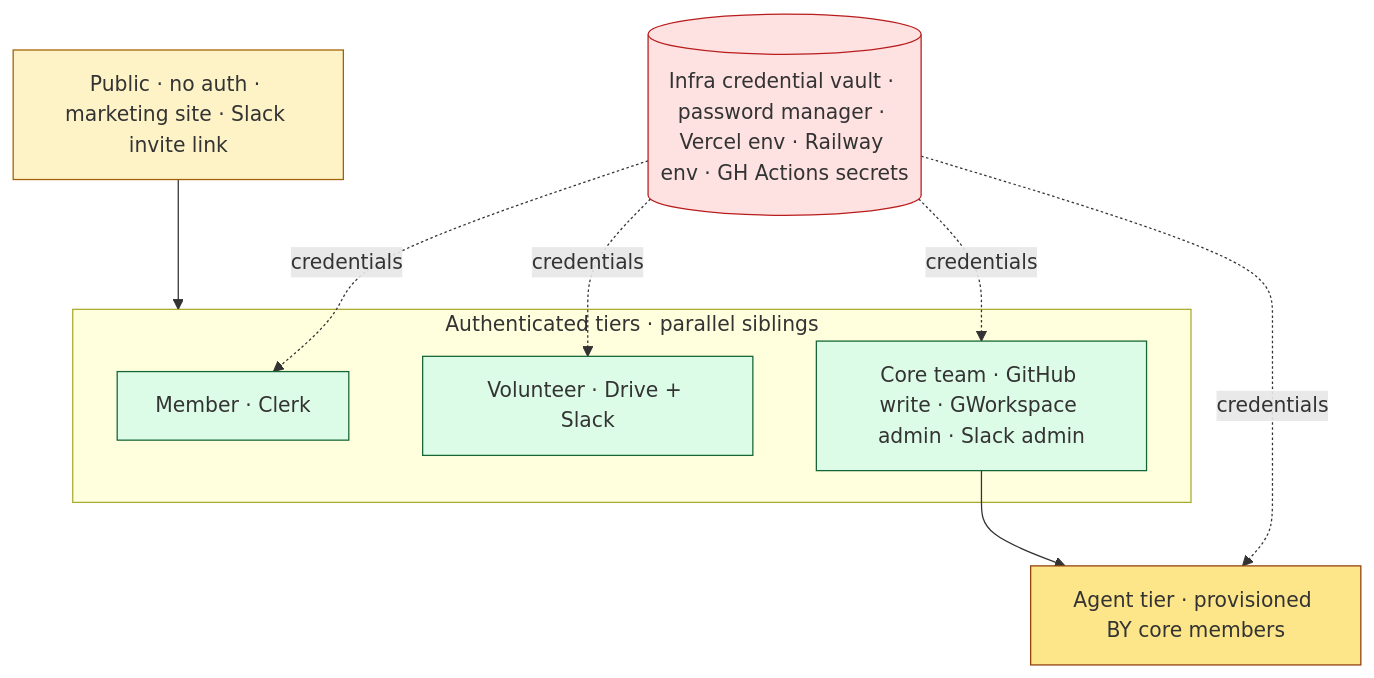
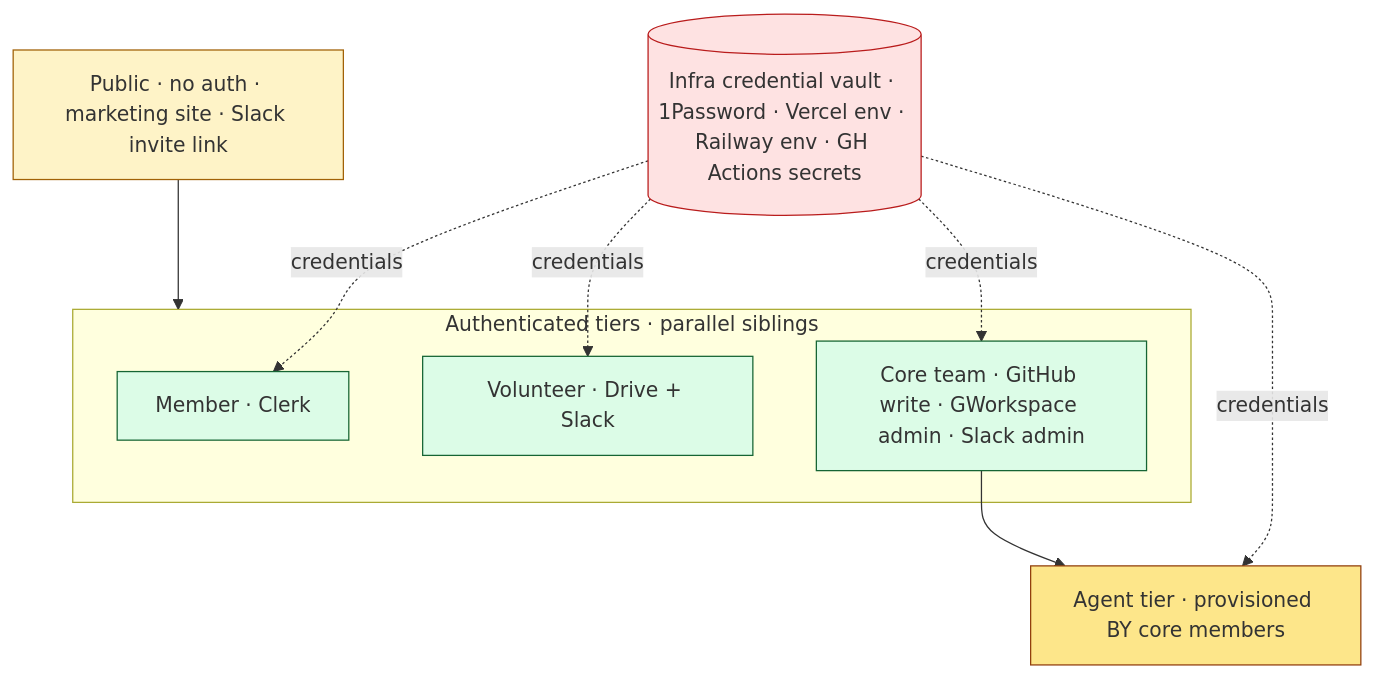
One commit to mgbotoe/agents changed the sixth of 12 diagrams in dev-agent/design/team-os/pass-1/01-system-context.md. Above: the diagram before and after it, drawn with Mermaid. The commit also changed other lines of this file and 1 other file, not shown here.

First line of the commit message:
team-os: Pass 1 — Drive process layer (tiered drives, /commit volunteer flow, 1Password verified)

````diff
--- a/dev-agent/design/team-os/pass-1/01-system-context.md
+++ b/dev-agent/design/team-os/pass-1/01-system-context.md
@@ -537,32 +537,32 @@
 ```mermaid
 flowchart TB
     Public[Public · no auth · marketing site · Slack invite link]
 
     subgraph Tiers[Authenticated tiers · parallel siblings]
         Member[Member · Clerk]
         Volunteer[Volunteer · Drive + Slack]
         Core[Core team · GitHub write · GWorkspace admin · Slack admin]
     end
 
     Agent[Agent tier · provisioned BY core members]
 
-    Vault[(Infra credential vault · password manager · Vercel env · Railway env · GH Actions secrets)]
+    Vault[(Infra credential vault · 1Password · Vercel env · Railway env · GH Actions secrets)]
 
     Public --> Tiers
     Core --> Agent
 
     Vault -. credentials .-> Member
     Vault -. credentials .-> Volunteer
     Vault -. credentials .-> Core
     Vault -. credentials .-> Agent
 
     classDef pub fill:#fef3c7,stroke:#a16207
     classDef tier fill:#dcfce7,stroke:#166534
     classDef agent fill:#fde68a,stroke:#92400e
     classDef vault fill:#fee2e2,stroke:#b91c1c
 
     class Public pub
     class Member,Volunteer,Core tier
     class Agent agent
     class Vault vault
 ```
````
